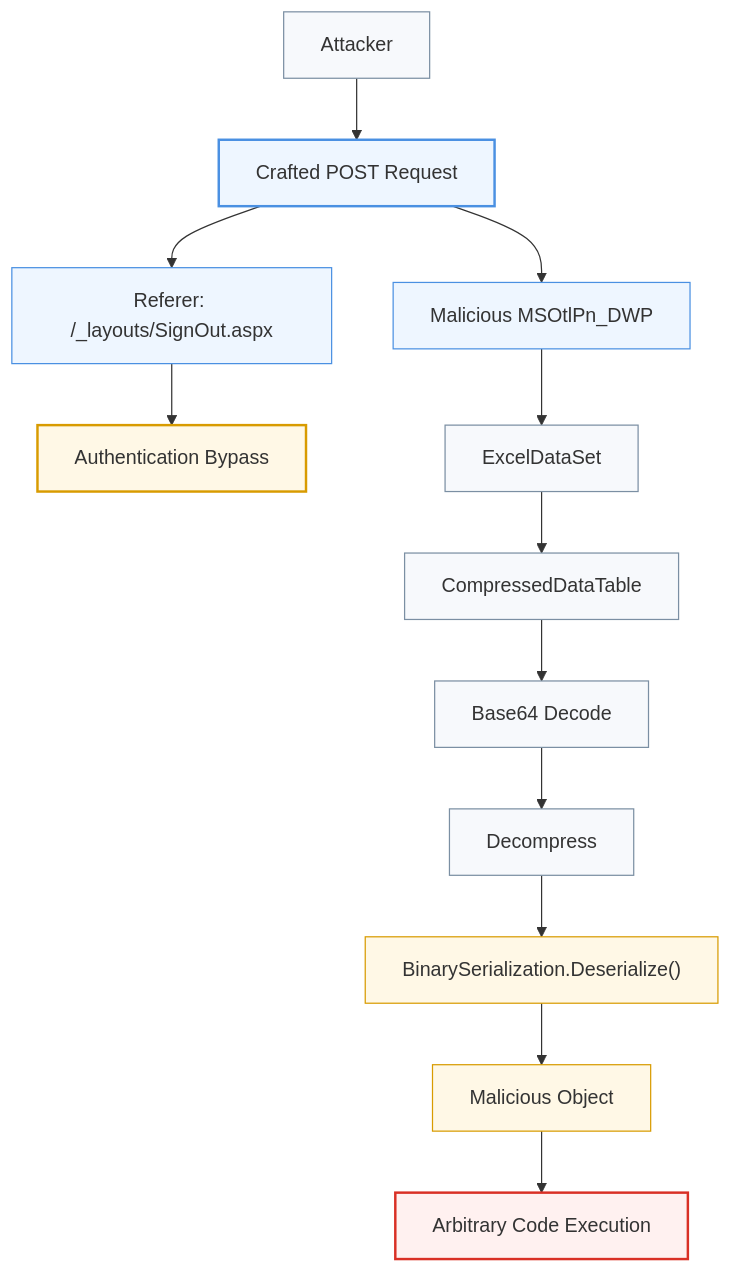
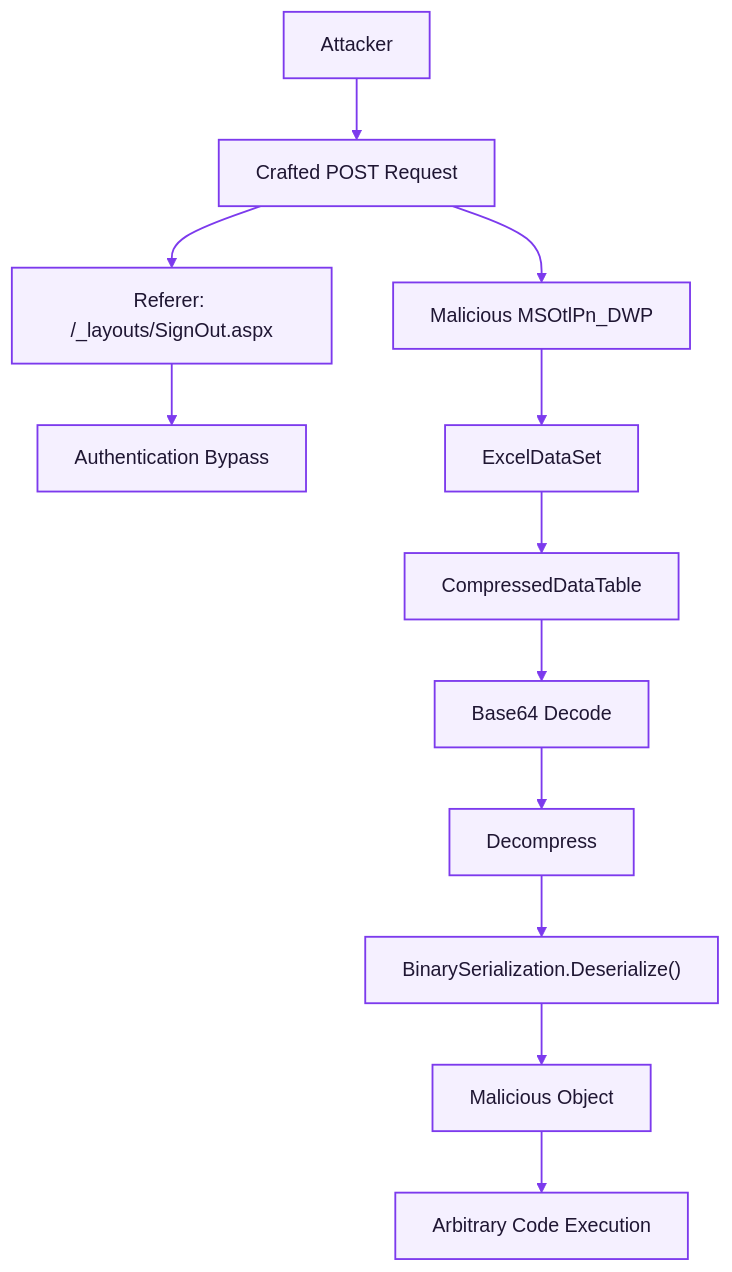
Before and after one commit to Yasserkdr1/Soc-Investigation-Writeups: the fifth of 6 diagrams in writeups/SOC342-sharepoint-toolshell-rce/README.md, drawn with Mermaid. The commit also changed other lines of this file, not shown here.

````diff
--- a/writeups/SOC342-sharepoint-toolshell-rce/README.md
+++ b/writeups/SOC342-sharepoint-toolshell-rce/README.md
@@ -312,29 +230,19 @@
 ```mermaid
 flowchart TD
     A["Attacker"] --> B["Crafted POST Request"]
 
     B --> C["Referer: /_layouts/SignOut.aspx"]
     C --> D["Authentication Bypass"]
 
     B --> E["Malicious MSOtlPn_DWP"]
     E --> F["ExcelDataSet"]
     F --> G["CompressedDataTable"]
     G --> H["Base64 Decode"]
     H --> I["Decompress"]
     I --> J["BinarySerialization.Deserialize()"]
     J --> K["Malicious Object"]
     K --> L["Arbitrary Code Execution"]
 
-    style A fill:#f7f9fc,stroke:#7b8fa3
-    style B fill:#eef6ff,stroke:#4a90e2,stroke-width:2px
-    style C fill:#eef6ff,stroke:#4a90e2
-    style D fill:#fff8e6,stroke:#d89b00,stroke-width:2px
-    style E fill:#eef6ff,stroke:#4a90e2
-    style F fill:#f7f9fc,stroke:#7b8fa3
-    style G fill:#f7f9fc,stroke:#7b8fa3
-    style H fill:#f7f9fc,stroke:#7b8fa3
-    style I fill:#f7f9fc,stroke:#7b8fa3
-    style J fill:#fff8e6,stroke:#d89b00
-    style K fill:#fff8e6,stroke:#d89b00
-    style L fill:#fff1f0,stroke:#d93025,stroke-width:2px
+    classDef default fill:#f5f0ff,stroke:#7c3aed,color:#1f1633,stroke-width:1.5px;
+    linkStyle default stroke:#7c3aed,stroke-width:1.5px;
 ```
````
